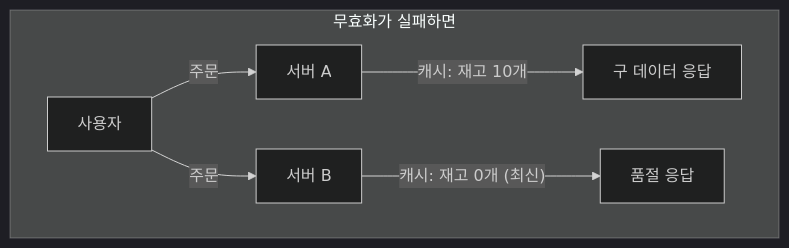
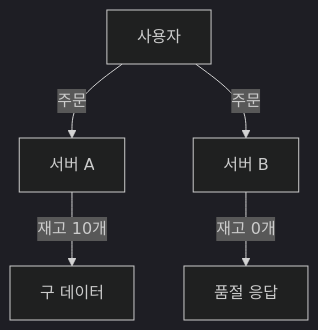
One commit to yjkim2015/yjkim2015.github.io changed the first of 8 diagrams in _posts/caching/2026-05-03-cache-invalidation.md. Above: the diagram before and after it, drawn with Mermaid (dark theme). The commit also changed other lines of this file and 155 other files, not shown here.

First line of the commit message:
Mermaid 전면 수정: subgraph 제거, participant/노드/줄수 축소 (342블록)

````diff
--- a/_posts/caching/2026-05-03-cache-invalidation.md
+++ b/_posts/caching/2026-05-03-cache-invalidation.md
@@ -24,9 +24,7 @@
 ```mermaid
 graph TD
-    subgraph "무효화가 실패하면"
-        U["사용자"] -->|"주문"| S1["서버 A"]
-        U -->|"주문"| S2["서버 B"]
-        S1 -->|"캐시: 재고 10개"| R1["구 데이터 응답"]
-        S2 -->|"캐시: 재고 0개 (최신)"| R2["품절 응답"]
-    end
+    U["사용자"] -->|"주문"| S1["서버 A"]
+    U -->|"주문"| S2["서버 B"]
+    S1 -->|"재고 10개"| R1["구 데이터"]
+    S2 -->|"재고 0개"| R2["품절 응답"]
 ```
````
